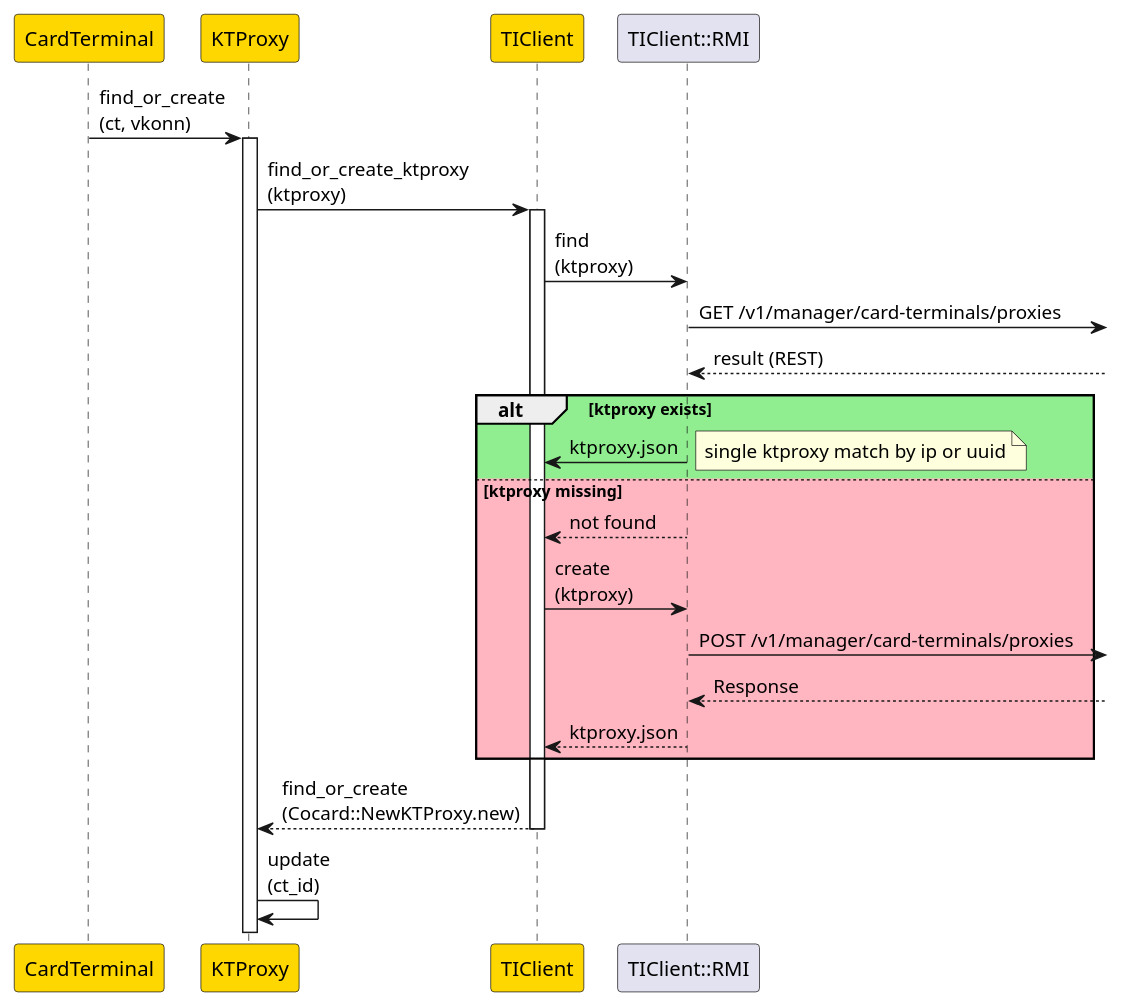
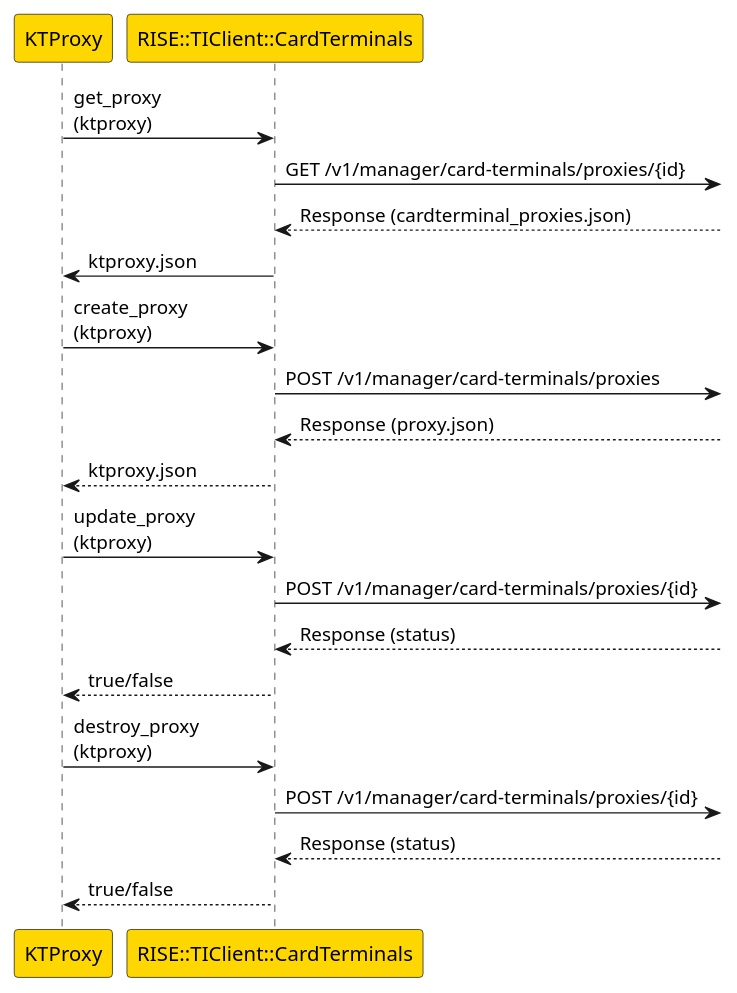
The diagram in docs/devnotes/_images/kt-proxy.puml (swobspace/cocard), drawn with PlantUML before and after one commit. The commit also changed 35 other files, not shown here.

Commit message:
refactor RISE::TIClient Classes

```diff
--- a/docs/devnotes/_images/kt-proxy.puml
+++ b/docs/devnotes/_images/kt-proxy.puml
@@ -1,31 +1,27 @@
 @startuml
-participant CardTerminal as ct #gold
-participant KTProxy as ktproxy #gold
-participant "TIClient" as ticlient #gold
-participant "TIClient::RMI" as ticrmi
 
-ct -> ktproxy : find_or_create\n(ct, vkonn)
-activate ktproxy
-ktproxy -> ticlient : find_or_create_ktproxy\n(ktproxy)
-activate ticlient
-ticlient -> ticrmi : find\n(ktproxy)
-ticrmi ->] : GET /v1/manager/card-terminals/proxies
-]--> ticrmi : result (REST)
+participant "KTProxy" as ktproxy #gold
+participant "RISE::TIClient::CardTerminals" as ticlient #gold
 
-alt #LightGreen ktproxy exists
-  ticrmi -> ticlient : ktproxy.json
-  note right : single ktproxy match by ip or uuid
-else #lightpink ktproxy missing
-  ticrmi --> ticlient : not found
-  ticlient -> ticrmi : create\n(ktproxy)
-  ticrmi ->] : POST /v1/manager/card-terminals/proxies
-  ]--> ticrmi : Response
-  ticrmi --> ticlient : ktproxy.json
-end
 
-ticlient --> ktproxy: find_or_create\n(Cocard::NewKTProxy.new)
-deactivate ticlient
+ktproxy -> ticlient : get_proxy\n(ktproxy)
+ticlient ->] : GET /v1/manager/card-terminals/proxies/{id}
+]--> ticlient : Response (cardterminal_proxies.json)
+ticlient -> ktproxy : ktproxy.json
 
-ktproxy -> ktproxy : update\n(ct_id)
+ktproxy -> ticlient : create_proxy\n(ktproxy)
+ticlient ->] : POST /v1/manager/card-terminals/proxies
+]--> ticlient : Response (proxy.json)
+ticlient --> ktproxy : ktproxy.json
+
+ktproxy -> ticlient : update_proxy\n(ktproxy)
+ticlient ->] : POST /v1/manager/card-terminals/proxies/{id}
+]--> ticlient : Response (status)
+ticlient --> ktproxy : true/false
+
+ktproxy -> ticlient : destroy_proxy\n(ktproxy)
+ticlient ->] : POST /v1/manager/card-terminals/proxies/{id}
+]--> ticlient : Response (status)
+ticlient --> ktproxy : true/false
 
 @enduml
```
